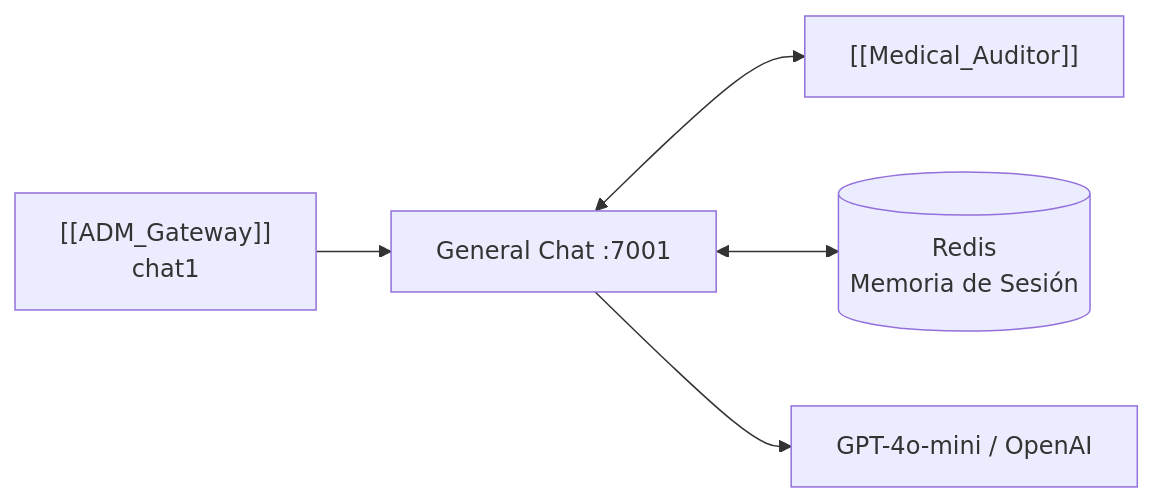
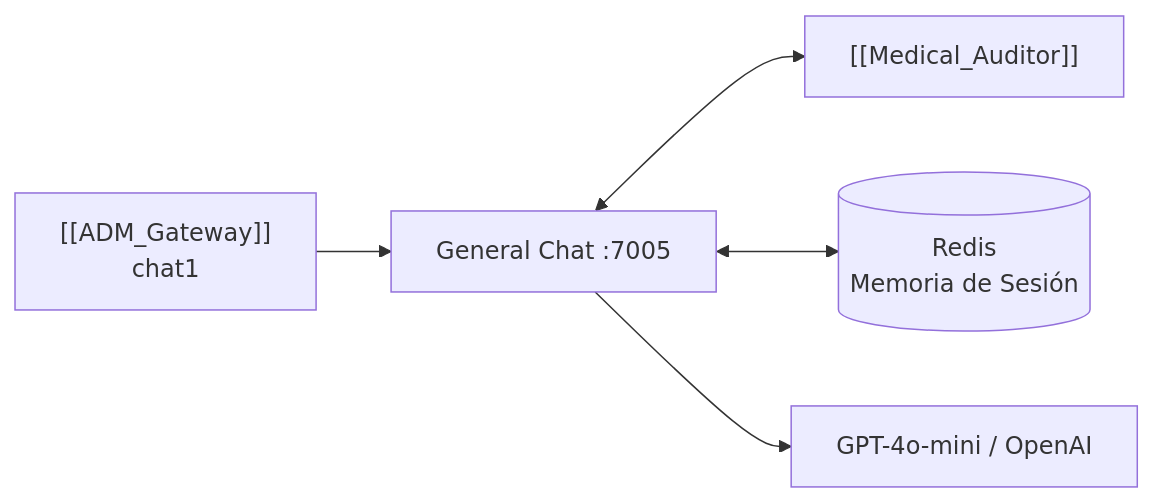
One commit to cluna-8/GM_MODULAR_ECOSYSTEM changed the first of 2 diagrams in docs/obsidian/General_Chat.md. Above: the diagram before and after it, drawn with Mermaid. The commit also changed other lines of this file and 5 other files, not shown here.

````diff
--- a/docs/obsidian/General_Chat.md
+++ b/docs/obsidian/General_Chat.md
@@ -16,7 +16,7 @@
 ```mermaid
 graph LR
-    ADM["[[ADM_Gateway]]\nchat1"] --> GC["General Chat :7001"]
+    ADM["[[ADM_Gateway]]\nchat1"] --> GC["General Chat :7005"]
     GC <--> MA["[[Medical_Auditor]]"]
     GC <--> Redis[(Redis\nMemoria de Sesión)]
     GC --> LLM[GPT-4o-mini / OpenAI]
 ```
````
